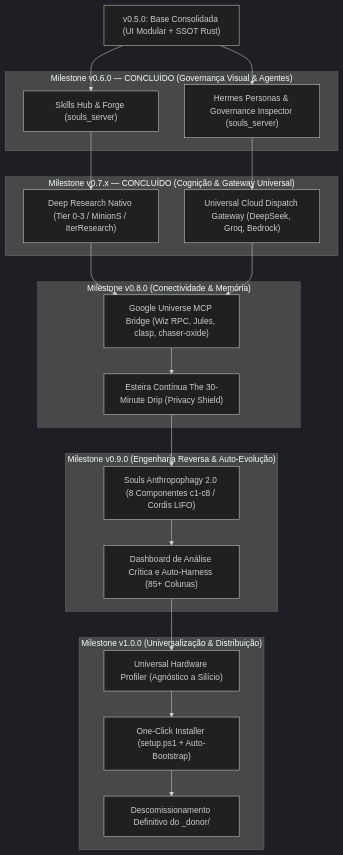
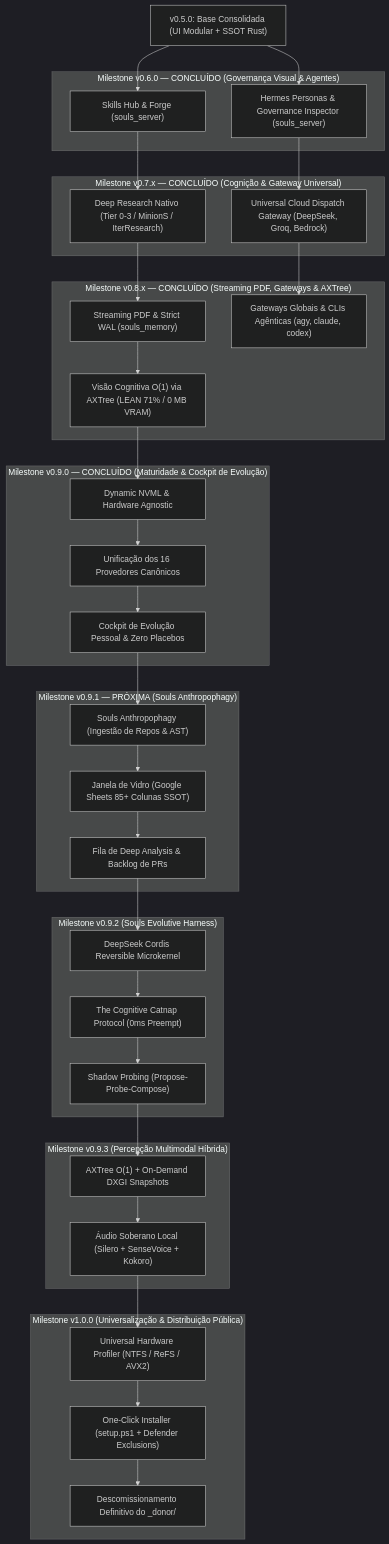
Before and after one commit to brunosrosa/souls_engine: the third of 3 diagrams in docs/planning/roadmap/SOULS_ENGINE_ROADMAP_NEXT_DELIVERIES.md, drawn with Mermaid (dark theme). The commit also changed other lines of this file, not shown here.

Commit message:
docs(roadmap): add Deep Researches 5-9 and clarify NTFS production vs ReFS dev

````diff
--- a/docs/planning/roadmap/SOULS_ENGINE_ROADMAP_NEXT_DELIVERIES.md
+++ b/docs/planning/roadmap/SOULS_ENGINE_ROADMAP_NEXT_DELIVERIES.md
@@ -570,43 +621,71 @@
 ```mermaid
 flowchart TD
     v050["v0.5.0: Base Consolidada (UI Modular + SSOT Rust)"]
     
     subgraph M060 ["Milestone v0.6.0 — CONCLUÍDO (Governança Visual & Agentes)"]
         SkillsHub["Skills Hub & Forge (souls_server)"]
         Personas["Hermes Personas & Governance Inspector (souls_server)"]
     end
 
     subgraph M070 ["Milestone v0.7.x — CONCLUÍDO (Cognição & Gateway Universal)"]
         DeepResearch["Deep Research Nativo (Tier 0-3 / MinionS / IterResearch)"]
         MultiCloud["Universal Cloud Dispatch Gateway (DeepSeek, Groq, Bedrock)"]
     end
 
-    subgraph M080 ["Milestone v0.8.0 (Conectividade & Memória)"]
-        GoogleBridge["Google Universe MCP Bridge (Wiz RPC, Jules, clasp, chaser-oxide)"]
-        ObsidianDrip["Esteira Contínua The 30-Minute Drip (Privacy Shield)"]
+    subgraph M080 ["Milestone v0.8.x — CONCLUÍDO (Streaming PDF, Gateways & AXTree)"]
+        PDFStreaming["Streaming PDF & Strict WAL (souls_memory)"]
+        AgentCLIs["Gateways Globais & CLIs Agênticas (agy, claude, codex)"]
+        AXTreeVision["Visão Cognitiva O(1) via AXTree (LEAN 71% / 0 MB VRAM)"]
     end
 
-    subgraph M090 ["Milestone v0.9.0 (Engenharia Reversa & Auto-Evolução)"]
-        Anthropophagy["Souls Anthropophagy 2.0 (8 Componentes c1-c8 / Cordis LIFO)"]
-        EvolutionDash["Dashboard de Análise Crítica e Auto-Harness (85+ Colunas)"]
+    subgraph M090 ["Milestone v0.9.0 — CONCLUÍDO (Maturidade & Cockpit de Evolução)"]
+        HardwareAgno["Dynamic NVML & Hardware Agnostic"]
+        MultiCloud16["Unificação dos 16 Provedores Canônicos"]
+        PersonalPulse["Cockpit de Evolução Pessoal & Zero Placebos"]
     end
 
-    subgraph M100 ["Milestone v1.0.0 (Universalização & Distribuição)"]
-        AutoTuning["Universal Hardware Profiler (Agnóstico a Silício)"]
-        Installer["One-Click Installer (setup.ps1 + Auto-Bootstrap)"]
+    subgraph M091 ["Milestone v0.9.1 — PRÓXIMA (Souls Anthropophagy)"]
+        Anthropophagy["Souls Anthropophagy (Ingestão de Repos & AST)"]
+        GlassWindow["Janela de Vidro (Google Sheets 85+ Colunas SSOT)"]
+        DeepAnalysis["Fila de Deep Analysis & Backlog de PRs"]
+    end
+
+    subgraph M092 ["Milestone v0.9.2 (Souls Evolutive Harness)"]
+        CordisKernel["DeepSeek Cordis Reversible Microkernel"]
+        CatnapProtocol["The Cognitive Catnap Protocol (0ms Preempt)"]
+        ShadowProbing["Shadow Probing (Propose-Probe-Compose)"]
+    end
+
+    subgraph M093 ["Milestone v0.9.3 (Percepção Multimodal Híbrida)"]
+        HybridVision["AXTree O(1) + On-Demand DXGI Snapshots"]
+        SovereignAudio["Áudio Soberano Local (Silero + SenseVoice + Kokoro)"]
+    end
+
+    subgraph M100 ["Milestone v1.0.0 (Universalização & Distribuição Pública)"]
+        AutoTuning["Universal Hardware Profiler (NTFS / ReFS / AVX2)"]
+        Installer["One-Click Installer (setup.ps1 + Defender Exclusions)"]
         DecomDonor["Descomissionamento Definitivo do _donor/"]
     end
 
     v050 --> SkillsHub
     v050 --> Personas
     SkillsHub --> DeepResearch
     Personas --> MultiCloud
-    DeepResearch --> GoogleBridge
-    MultiCloud --> GoogleBridge
-    GoogleBridge --> ObsidianDrip
-    ObsidianDrip --> Anthropophagy
-    Anthropophagy --> EvolutionDash
-    EvolutionDash --> AutoTuning
+    DeepResearch --> PDFStreaming
+    MultiCloud --> AgentCLIs
+    PDFStreaming --> AXTreeVision
+    AXTreeVision --> HardwareAgno
+    HardwareAgno --> MultiCloud16
+    MultiCloud16 --> PersonalPulse
+    PersonalPulse --> Anthropophagy
+    Anthropophagy --> GlassWindow
+    GlassWindow --> DeepAnalysis
+    DeepAnalysis --> CordisKernel
+    CordisKernel --> CatnapProtocol
+    CatnapProtocol --> ShadowProbing
+    ShadowProbing --> HybridVision
+    HybridVision --> SovereignAudio
+    SovereignAudio --> AutoTuning
     AutoTuning --> Installer
     Installer --> DecomDonor
 ```
````
